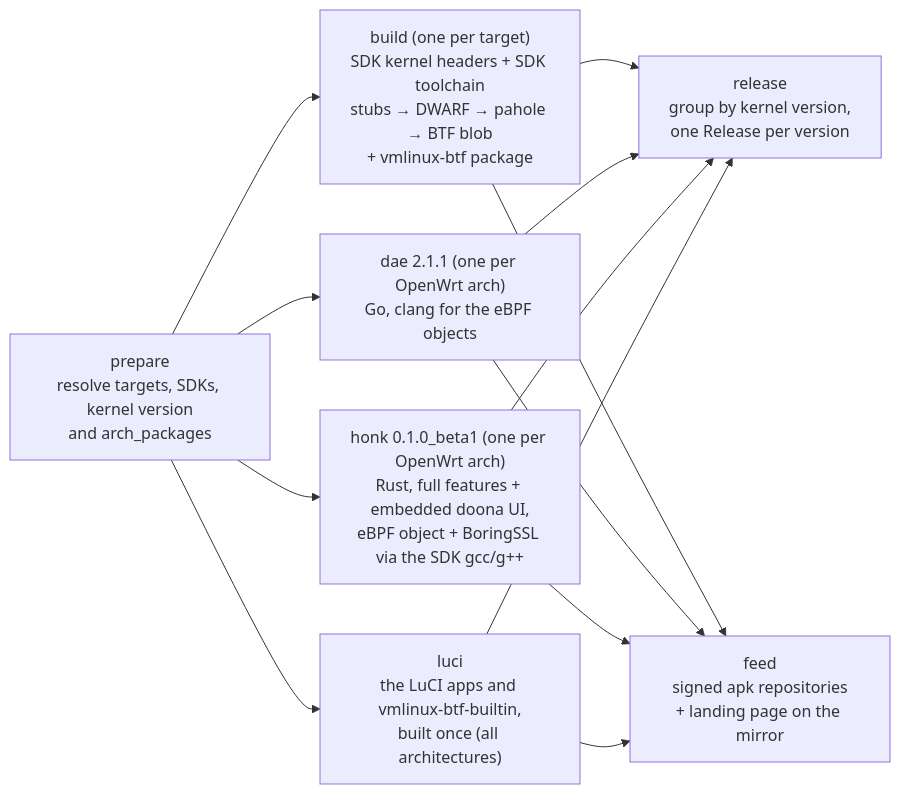
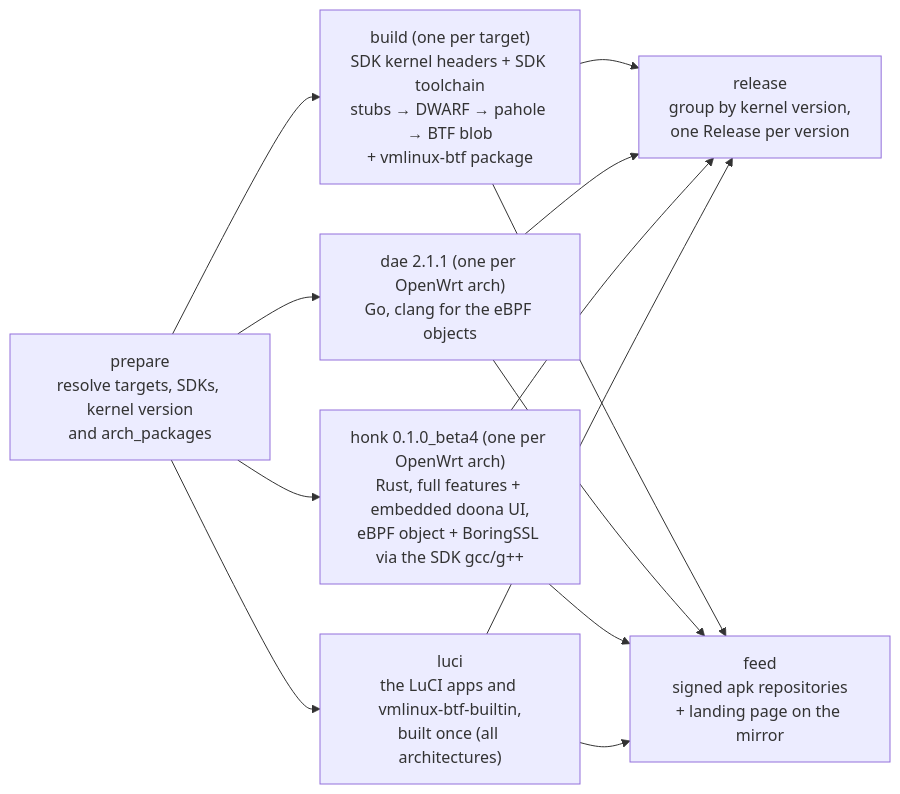
The diagram in README.md (daeuniverse/openwrt-packages), drawn with Mermaid before and after one commit. The commit also changed other lines of this file and 3 other files, not shown here.

First line of the commit message:
chore(honk): build v0.1.0-beta.4

````diff
--- a/README.md
+++ b/README.md
@@ -418,22 +418,22 @@
 ```mermaid
 flowchart LR
   P["prepare<br/>resolve targets, SDKs, kernel version<br/>and arch_packages"]
   K["build (one per target)<br/>SDK kernel headers + SDK toolchain<br/>stubs → DWARF → pahole → BTF blob<br/>+ vmlinux-btf package"]
   D["dae 2.1.1 (one per OpenWrt arch)<br/>Go, clang for the eBPF objects"]
-  H["honk 0.1.0_beta1 (one per OpenWrt arch)<br/>Rust, full features + embedded doona UI,<br/>eBPF object + BoringSSL via the SDK gcc/g++"]
+  H["honk 0.1.0_beta4 (one per OpenWrt arch)<br/>Rust, full features + embedded doona UI,<br/>eBPF object + BoringSSL via the SDK gcc/g++"]
   L["luci<br/>the LuCI apps and vmlinux-btf-builtin,<br/>built once (all architectures)"]
   R["release<br/>group by kernel version,<br/>one Release per version"]
   F["feed<br/>signed apk repositories<br/>+ landing page on the mirror"]
   P --> K
   P --> D
   P --> H
   P --> L
   K --> R
   D --> R
   H --> R
   L --> R
   K --> F
   D --> F
   H --> F
   L --> F
 ```
````
